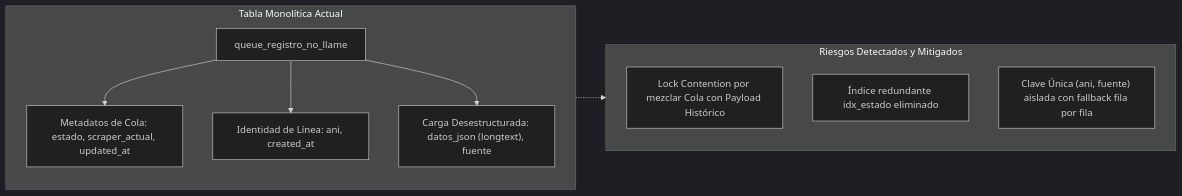
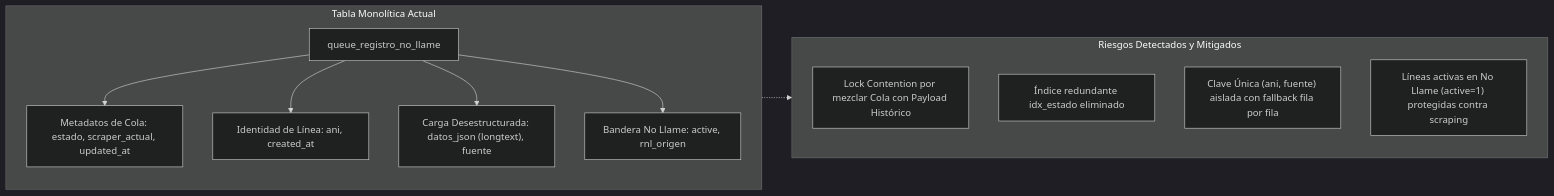
The second of 2 diagrams in docs/03_base_de_datos_y_colas/esquema_ddl_vps.md (CofradiaGS/scrapers-reg-no-llame), drawn with Mermaid (dark theme) before and after one commit. The commit also changed other lines of this file and 13 other files, not shown here.

First line of the commit message:
feat(pipeline): filtrar y proteger registros activos en registro no llame (active=True)

````diff
--- a/docs/03_base_de_datos_y_colas/esquema_ddl_vps.md
+++ b/docs/03_base_de_datos_y_colas/esquema_ddl_vps.md
@@ -286,15 +293,17 @@
 ```mermaid
 graph LR
     subgraph Monolito["Tabla Monolítica Actual"]
         T1["queue_registro_no_llame"]
         T1 --> C1["Metadatos de Cola: estado, scraper_actual, updated_at"]
         T1 --> C2["Identidad de Línea: ani, created_at"]
         T1 --> C3["Carga Desestructurada: datos_json (longtext), fuente"]
+        T1 --> C4["Bandera No Llame: active, rnl_origen"]
     end
     subgraph Riesgo["Riesgos Detectados y Mitigados"]
         R1["Lock Contention por mezclar Cola con Payload Histórico"]
         R2["Índice redundante idx_estado eliminado"]
         R3["Clave Única (ani, fuente) aislada con fallback fila por fila"]
+        R4["Líneas activas en No Llame (active=1) protegidas contra scraping"]
     end
     Monolito -.-> Riesgo
 ```
````
